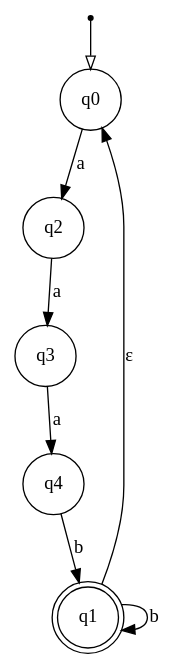
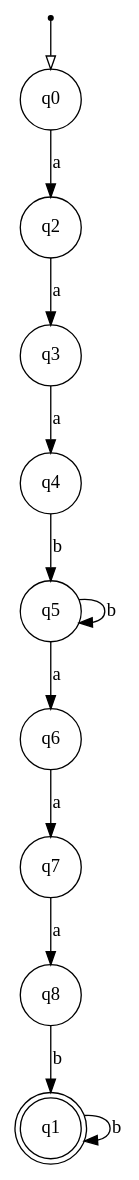
Before and after one commit to qianyouwang/cs138-hw02: the diagram in 3.nfa.pdf.dot, drawn with Graphviz. The commit also changed 4 other files, not shown here.

```diff
--- a/3.nfa.pdf.dot
+++ b/3.nfa.pdf.dot
@@ -1,16 +1,24 @@
 digraph {
   node [shape=point]; __start;
   node [shape = circle]; q0;
   node [shape = doublecircle]; q1;
   node [shape = circle]; q2;
   node [shape = circle]; q3;
   node [shape = circle]; q4;
+  node [shape = circle]; q5;
+  node [shape = circle]; q6;
+  node [shape = circle]; q7;
+  node [shape = circle]; q8;
 
   __start -> q0 [arrowhead = empty];
   q0 -> q2 [label = "a"];
-  q1 -> q0 [label = "ε"];
   q1 -> q1 [label = "b"];
   q2 -> q3 [label = "a"];
   q3 -> q4 [label = "a"];
-  q4 -> q1 [label = "b"];
+  q4 -> q5 [label = "b"];
+  q5 -> q6 [label = "a"];
+  q5 -> q5 [label = "b"];
+  q6 -> q7 [label = "a"];
+  q7 -> q8 [label = "a"];
+  q8 -> q1 [label = "b"];
 }
```
